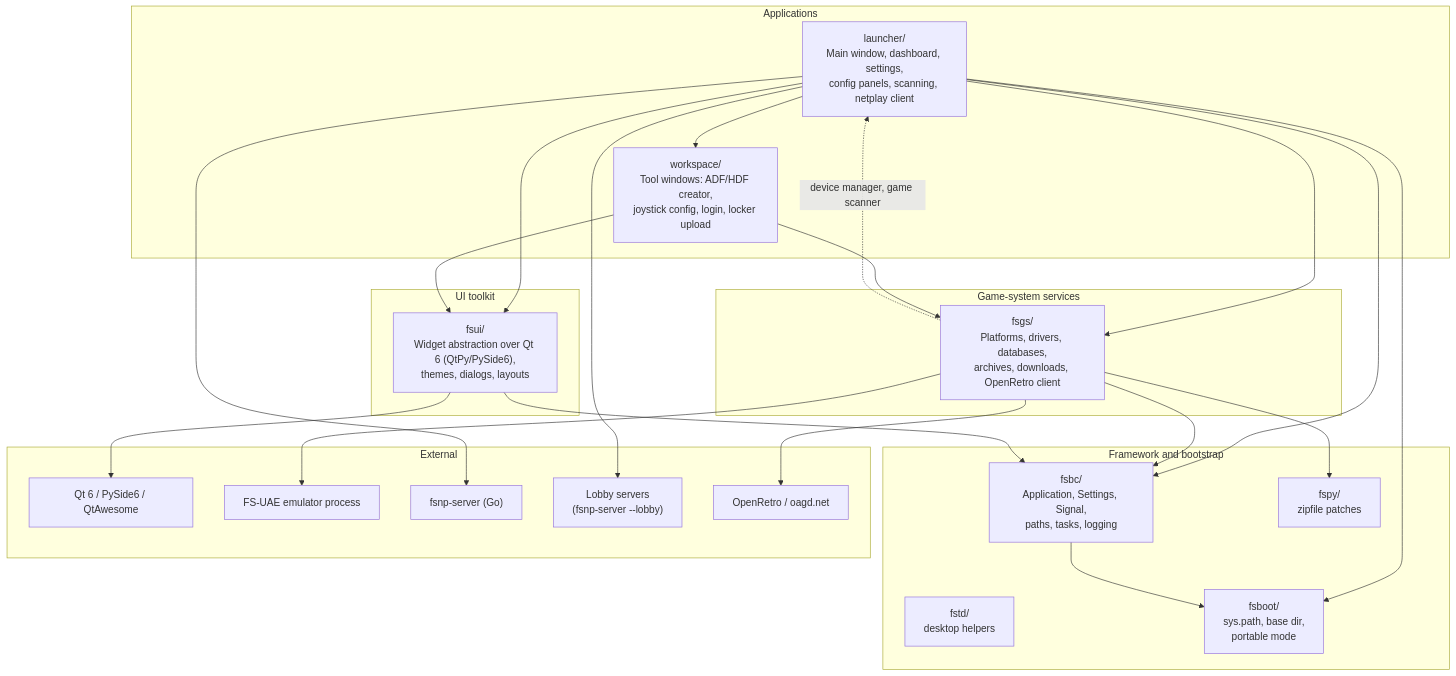
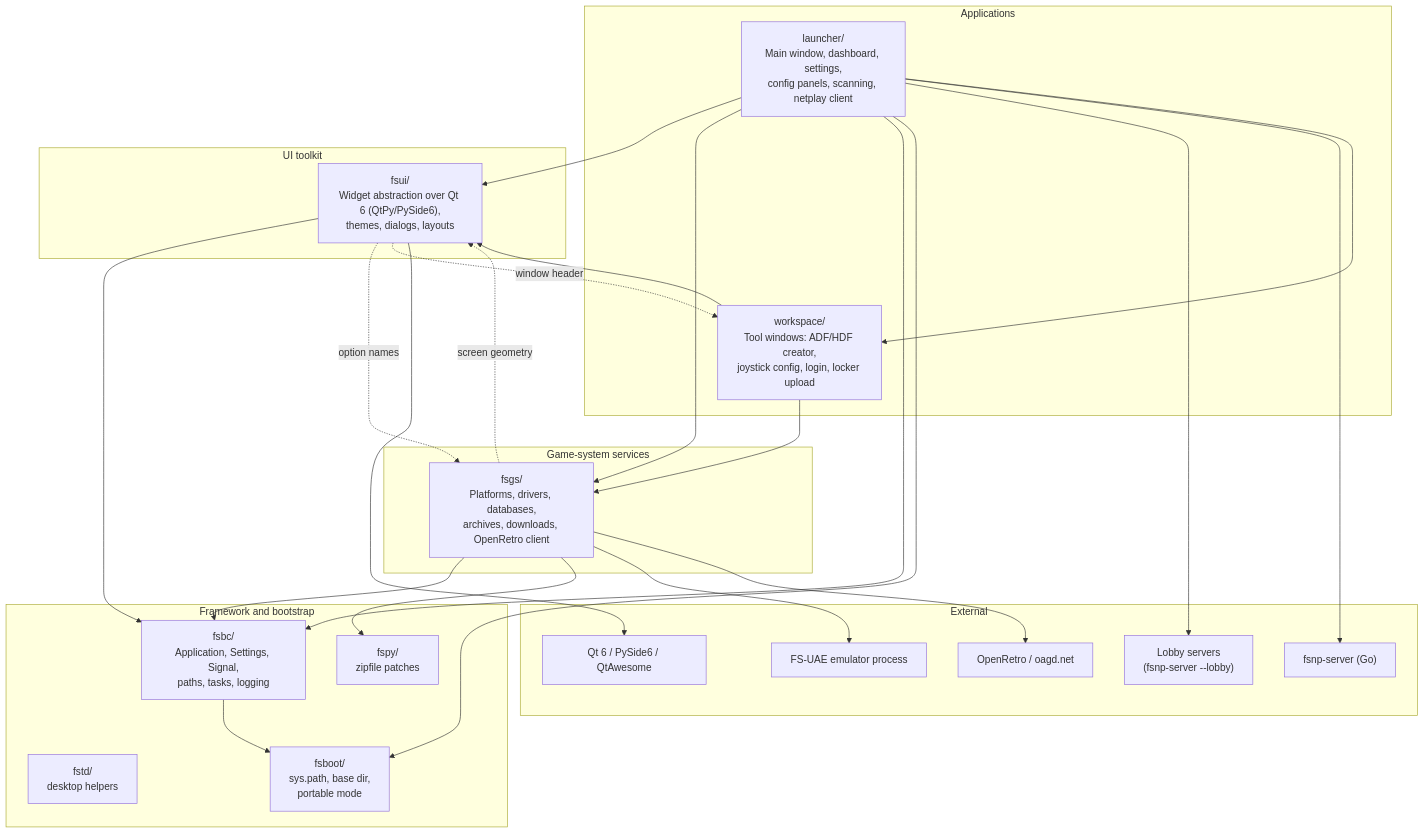
Before and after one commit to pdabel/fs-uae-launcher: the first of 5 diagrams in docs/architecture.md, drawn with Mermaid. The commit also changed other lines of this file and 8 other files, not shown here.

Commit message:
Stop fsgs importing the launcher (#172)

````diff
--- a/docs/architecture.md
+++ b/docs/architecture.md
@@ -24,48 +27,50 @@
 ```mermaid
 flowchart TB
     subgraph app["Applications"]
         launcher["launcher/<br/>Main window, dashboard, settings,<br/>config panels, scanning, netplay client"]
         workspace["workspace/<br/>Tool windows: ADF/HDF creator,<br/>joystick config, login, locker upload"]
     end
 
     subgraph domain["Game-system services"]
         fsgs["fsgs/<br/>Platforms, drivers, databases,<br/>archives, downloads, OpenRetro client"]
     end
 
     subgraph ui["UI toolkit"]
         fsui["fsui/<br/>Widget abstraction over Qt 6 (QtPy/PySide6),<br/>themes, dialogs, layouts"]
     end
 
     subgraph base["Framework and bootstrap"]
         fsbc["fsbc/<br/>Application, Settings, Signal,<br/>paths, tasks, logging"]
         fspy["fspy/<br/>zipfile patches"]
         fstd["fstd/<br/>desktop helpers"]
         fsboot["fsboot/<br/>sys.path, base dir,<br/>portable mode"]
     end
 
     subgraph ext["External"]
         qt["Qt 6 / PySide6 / QtAwesome"]
         fsuae["FS-UAE emulator process"]
         fsnp["fsnp-server (Go)"]
         lobbies["Lobby servers<br/>(fsnp-server --lobby)"]
         openretro["OpenRetro / oagd.net"]
     end
 
     launcher --> fsui
     launcher --> fsgs
     launcher --> fsbc
     launcher --> fsboot
     launcher --> lobbies
     launcher --> fsnp
     launcher --> workspace
     workspace --> fsui
     workspace --> fsgs
     fsgs --> fsbc
-    fsgs -. "device manager, game scanner" .-> launcher
     fsgs --> fspy
     fsgs --> fsuae
     fsgs --> openretro
     fsui --> fsbc
+    fsui -. "option names" .-> fsgs
+    fsgs -. "screen geometry" .-> fsui
+    fsui -. "window header" .-> workspace
     fsui --> qt
     fsbc --> fsboot
 ```
````
